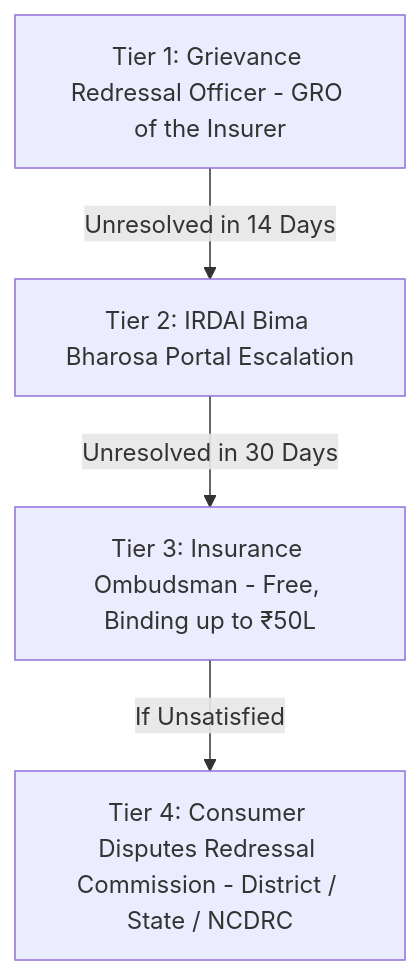
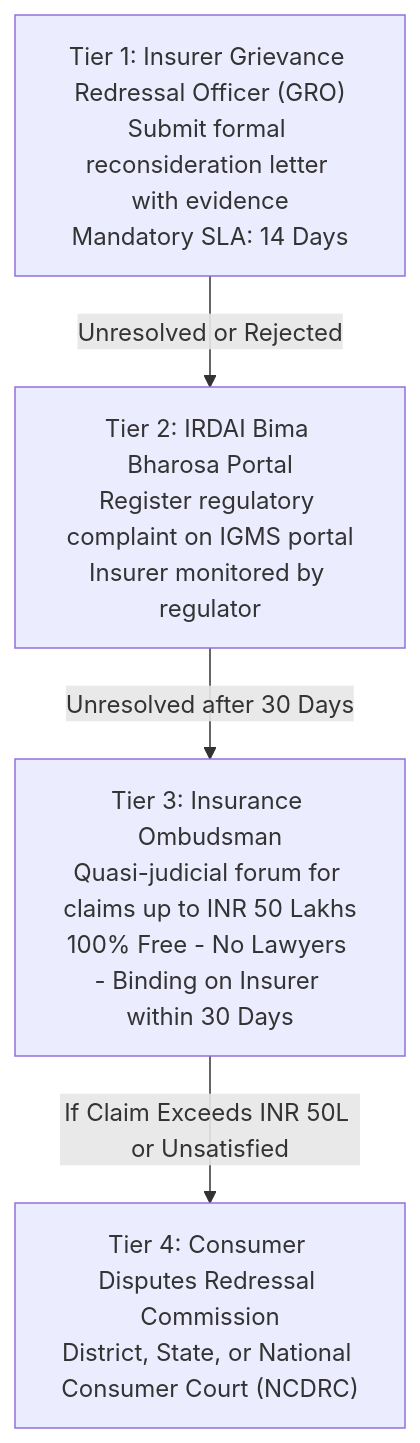
One commit to chirag127/cover-and-capital-india changed the second of 2 diagrams in src/content/articles/life-insurance-exclusions-claim-rejection-risks.mdx. Above: the diagram before and after it, drawn with Mermaid. The commit also changed other lines of this file and 19 other files, not shown here.

Commit message:
feat: expand cornerstone guides with deep problem-solving analysis, Policybazaar plan breakdowns, and Mermaid renderer

````diff
--- a/src/content/articles/life-insurance-exclusions-claim-rejection-risks.mdx
+++ b/src/content/articles/life-insurance-exclusions-claim-rejection-risks.mdx
@@ -113,6 +135,8 @@
 ```mermaid
 flowchart TD
-    Step1[Tier 1: Grievance Redressal Officer - GRO of the Insurer] -->|Unresolved in 14 Days| Step2[Tier 2: IRDAI Bima Bharosa Portal Escalation]
-    Step2 -->|Unresolved in 30 Days| Step3[Tier 3: Insurance Ombudsman - Free, Binding up to ₹50L]
-    Step3 -->|If Unsatisfied| Step4[Tier 4: Consumer Disputes Redressal Commission - District / State / NCDRC]
+    Tier1["Tier 1: Insurer Grievance Redressal Officer (GRO)<br/>Submit formal reconsideration letter with evidence<br/>Mandatory SLA: 14 Days"] -->|Unresolved or Rejected| Tier2["Tier 2: IRDAI Bima Bharosa Portal<br/>Register regulatory complaint on IGMS portal<br/>Insurer monitored by regulator"]
+    
+    Tier2 -->|Unresolved after 30 Days| Tier3["Tier 3: Insurance Ombudsman<br/>Quasi-judicial forum for claims up to INR 50 Lakhs<br/>100% Free - No Lawyers - Binding on Insurer within 30 Days"]
+    
+    Tier3 -->|If Claim Exceeds INR 50L or Unsatisfied| Tier4["Tier 4: Consumer Disputes Redressal Commission<br/>District, State, or National Consumer Court (NCDRC)"]
 ```
````
